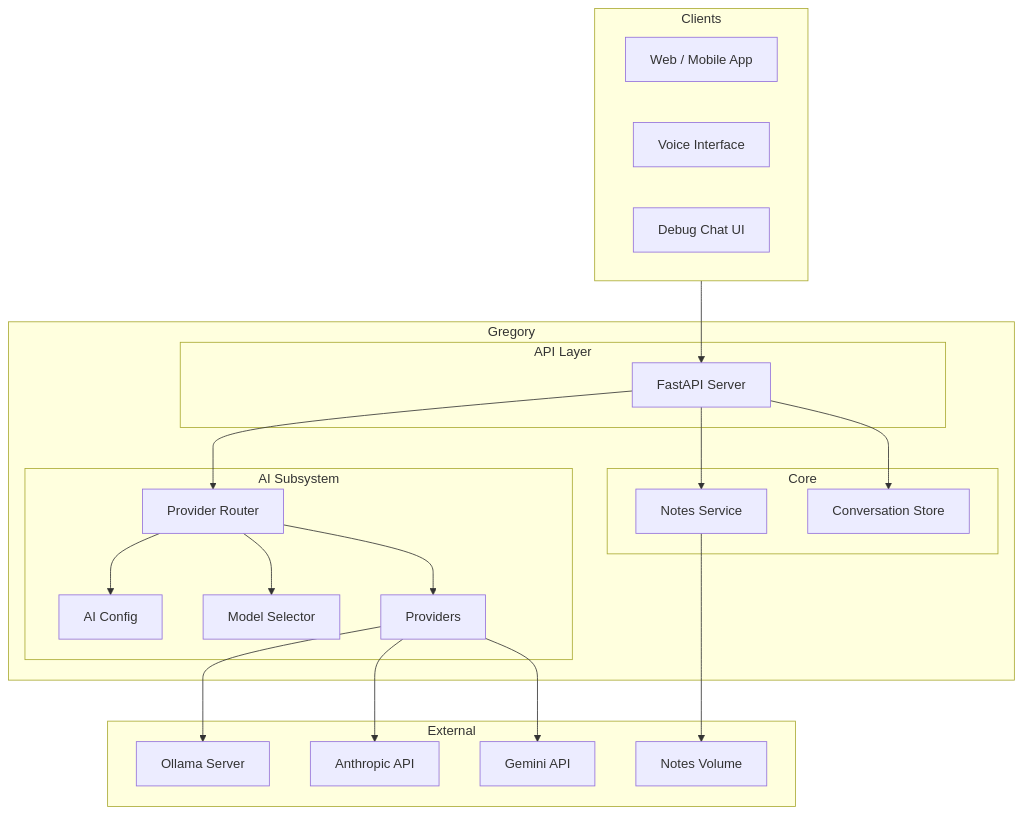
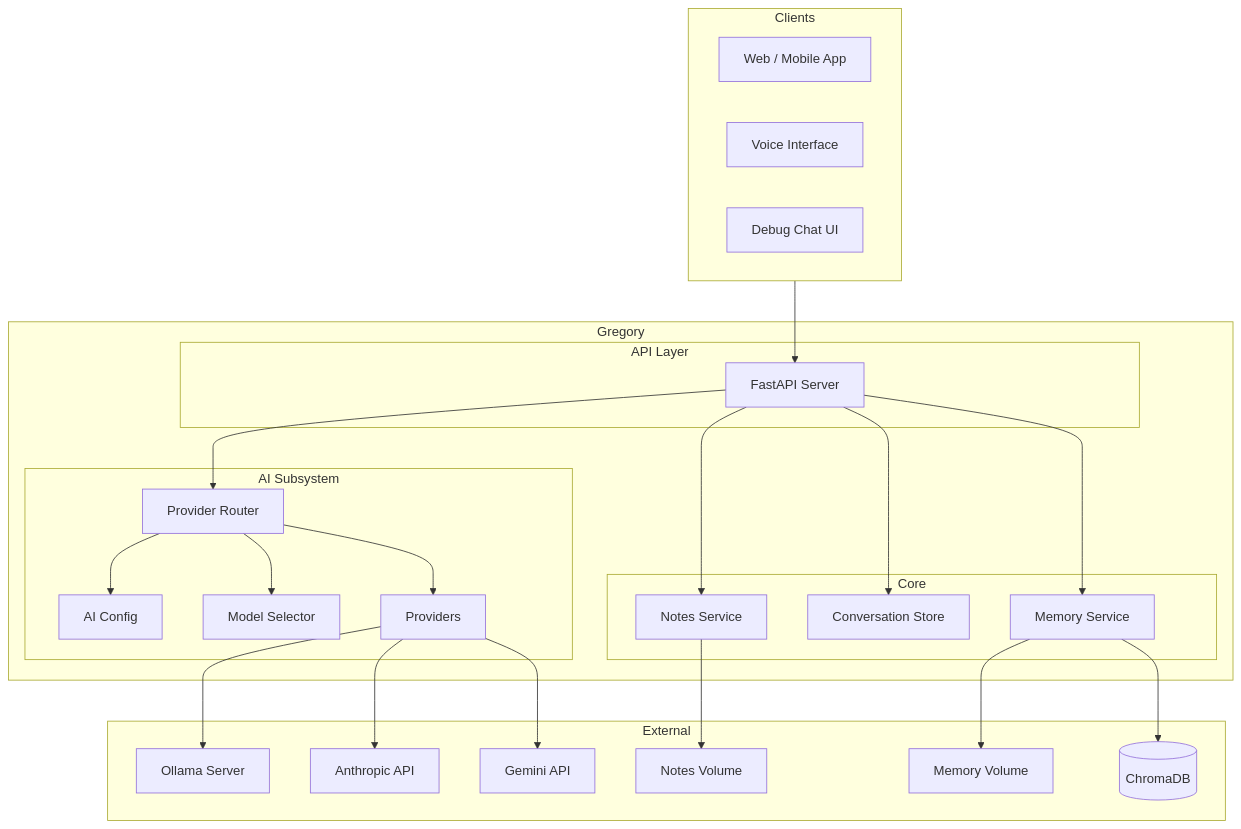
The first of 7 diagrams in docs/ARCHITECTURE.md (StevenGann/Gregory), drawn with Mermaid before and after one commit. The commit also changed other lines of this file and 15 other files, not shown here.

````diff
--- a/docs/ARCHITECTURE.md
+++ b/docs/ARCHITECTURE.md
@@ -7,43 +7,49 @@
 ```mermaid
 flowchart TB
     subgraph clients [Clients]
         WebApp[Web / Mobile App]
         VoiceInterface[Voice Interface]
         DebugUI[Debug Chat UI]
     end
 
     subgraph gregory [Gregory]
         subgraph api [API Layer]
             FastAPI[FastAPI Server]
         end
         subgraph core [Core]
             Notes[Notes Service]
             Store[Conversation Store]
+            Memory[Memory Service]
         end
         subgraph ai [AI Subsystem]
             Config[AI Config]
             Router[Provider Router]
             Selector[Model Selector]
             Providers[Providers]
         end
     end
 
     subgraph external [External]
         OllamaServer[Ollama Server]
         Anthropic[Anthropic API]
         Gemini[Gemini API]
         NotesVolume[Notes Volume]
+        MemoryVolume[Memory Volume]
+        ChromaDB[(ChromaDB)]
     end
 
     clients --> FastAPI
     FastAPI --> Notes
     FastAPI --> Store
+    FastAPI --> Memory
     FastAPI --> Router
     Router --> Config
     Router --> Selector
     Router --> Providers
     Providers --> OllamaServer
     Providers --> Anthropic
     Providers --> Gemini
     Notes --> NotesVolume
+    Memory --> MemoryVolume
+    Memory --> ChromaDB
 ```
````
